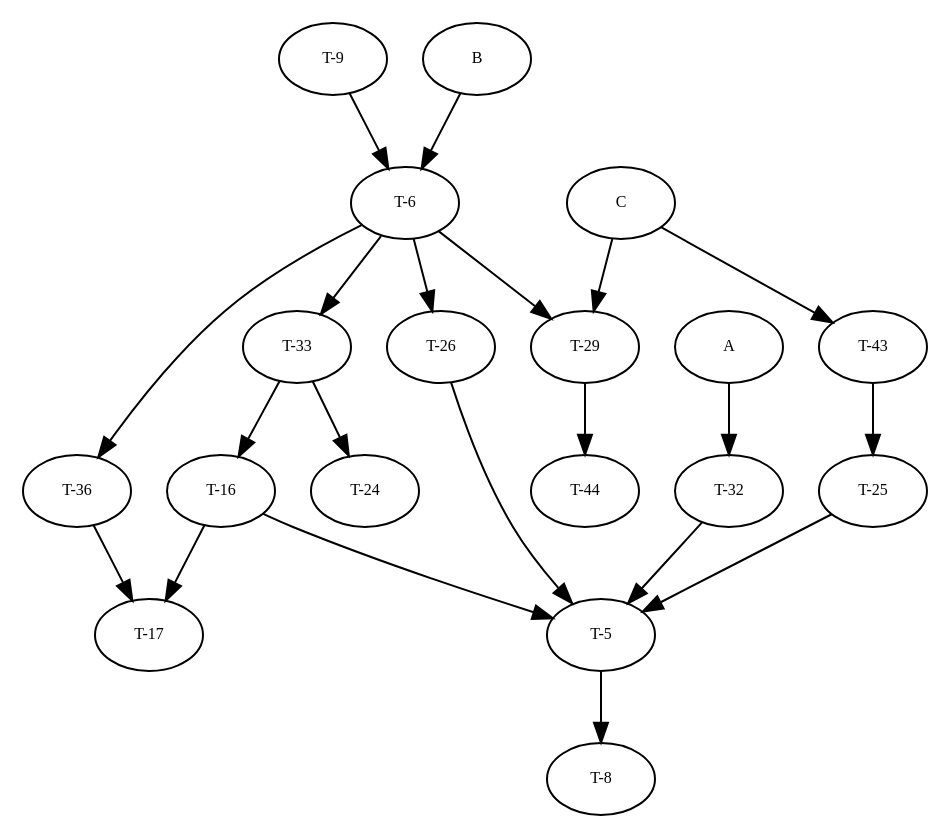
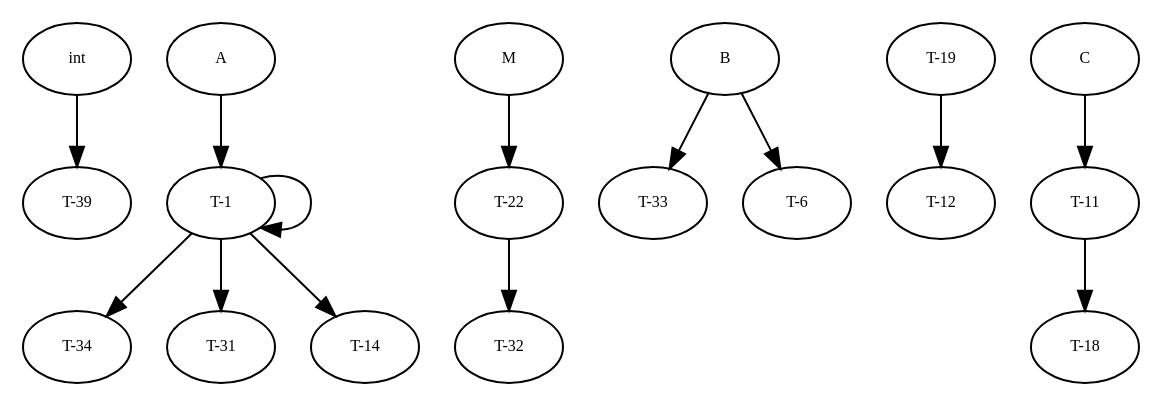
Before and after one commit to amso100/livescript-declarations: the diagram in graphs/dg.dot, drawn with Graphviz. The commit also changed 8 other files, not shown here.

```diff
--- a/graphs/dg.dot
+++ b/graphs/dg.dot
@@ -1,171 +1,143 @@
 digraph RGL__DirectedAdjacencyGraph {
-    "T-29" [
+    int [
         fontsize = 8,
-        label = "T-29"
+        label = int
     ]
 
-    "T-44" [
+    "T-39" [
         fontsize = 8,
-        label = "T-44"
+        label = "T-39"
     ]
 
-    "T-43" [
+    "T-1" [
         fontsize = 8,
-        label = "T-43"
+        label = "T-1"
     ]
 
-    "T-25" [
+    "T-34" [
         fontsize = 8,
-        label = "T-25"
+        label = "T-34"
+    ]
+
+    "T-22" [
+        fontsize = 8,
+        label = "T-22"
+    ]
+
+    "T-32" [
+        fontsize = 8,
+        label = "T-32"
+    ]
+
+    "T-31" [
+        fontsize = 8,
+        label = "T-31"
+    ]
+
+    B [
+        fontsize = 8,
+        label = B
     ]
 
     "T-33" [
         fontsize = 8,
         label = "T-33"
     ]
 
-    "T-24" [
+    M [
         fontsize = 8,
-        label = "T-24"
+        label = M
+    ]
+
+    "T-19" [
+        fontsize = 8,
+        label = "T-19"
+    ]
+
+    "T-12" [
+        fontsize = 8,
+        label = "T-12"
+    ]
+
+    "T-11" [
+        fontsize = 8,
+        label = "T-11"
+    ]
+
+    "T-18" [
+        fontsize = 8,
+        label = "T-18"
+    ]
+
+    "T-14" [
+        fontsize = 8,
+        label = "T-14"
     ]
 
     C [
         fontsize = 8,
         label = C
     ]
 
-    "T-36" [
-        fontsize = 8,
-        label = "T-36"
-    ]
-
-    "T-17" [
-        fontsize = 8,
-        label = "T-17"
-    ]
-
-    "T-16" [
-        fontsize = 8,
-        label = "T-16"
-    ]
-
     "T-6" [
         fontsize = 8,
         label = "T-6"
-    ]
-
-    "T-32" [
-        fontsize = 8,
-        label = "T-32"
-    ]
-
-    "T-5" [
-        fontsize = 8,
-        label = "T-5"
     ]
 
     A [
         fontsize = 8,
         label = A
     ]
 
-    "T-26" [
-        fontsize = 8,
-        label = "T-26"
-    ]
-
-    "T-9" [
-        fontsize = 8,
-        label = "T-9"
-    ]
-
-    "T-8" [
-        fontsize = 8,
-        label = "T-8"
-    ]
-
-    B [
-        fontsize = 8,
-        label = B
-    ]
-
-    "T-29" -> "T-44" [
+    int -> "T-39" [
         fontsize = 8
     ]
 
-    "T-43" -> "T-25" [
+    "T-1" -> "T-1" [
         fontsize = 8
     ]
 
-    "T-25" -> "T-5" [
+    "T-1" -> "T-34" [
         fontsize = 8
     ]
 
-    "T-33" -> "T-24" [
+    "T-1" -> "T-31" [
         fontsize = 8
     ]
 
-    "T-33" -> "T-16" [
+    "T-1" -> "T-14" [
         fontsize = 8
     ]
 
-    C -> "T-43" [
+    "T-22" -> "T-32" [
         fontsize = 8
     ]
 
-    C -> "T-29" [
-        fontsize = 8
-    ]
-
-    "T-36" -> "T-17" [
-        fontsize = 8
-    ]
-
-    "T-16" -> "T-5" [
-        fontsize = 8
-    ]
-
-    "T-16" -> "T-17" [
-        fontsize = 8
-    ]
-
-    "T-6" -> "T-36" [
-        fontsize = 8
-    ]
-
-    "T-6" -> "T-33" [
-        fontsize = 8
-    ]
-
-    "T-6" -> "T-29" [
-        fontsize = 8
-    ]
-
-    "T-6" -> "T-26" [
-        fontsize = 8
-    ]
-
-    "T-32" -> "T-5" [
-        fontsize = 8
-    ]
-
-    "T-5" -> "T-8" [
-        fontsize = 8
-    ]
-
-    A -> "T-32" [
-        fontsize = 8
-    ]
-
-    "T-26" -> "T-5" [
-        fontsize = 8
-    ]
-
-    "T-9" -> "T-6" [
+    B -> "T-33" [
         fontsize = 8
     ]
 
     B -> "T-6" [
         fontsize = 8
     ]
+
+    M -> "T-22" [
+        fontsize = 8
+    ]
+
+    "T-19" -> "T-12" [
+        fontsize = 8
+    ]
+
+    "T-11" -> "T-18" [
+        fontsize = 8
+    ]
+
+    C -> "T-11" [
+        fontsize = 8
+    ]
+
+    A -> "T-1" [
+        fontsize = 8
+    ]
 }
```
